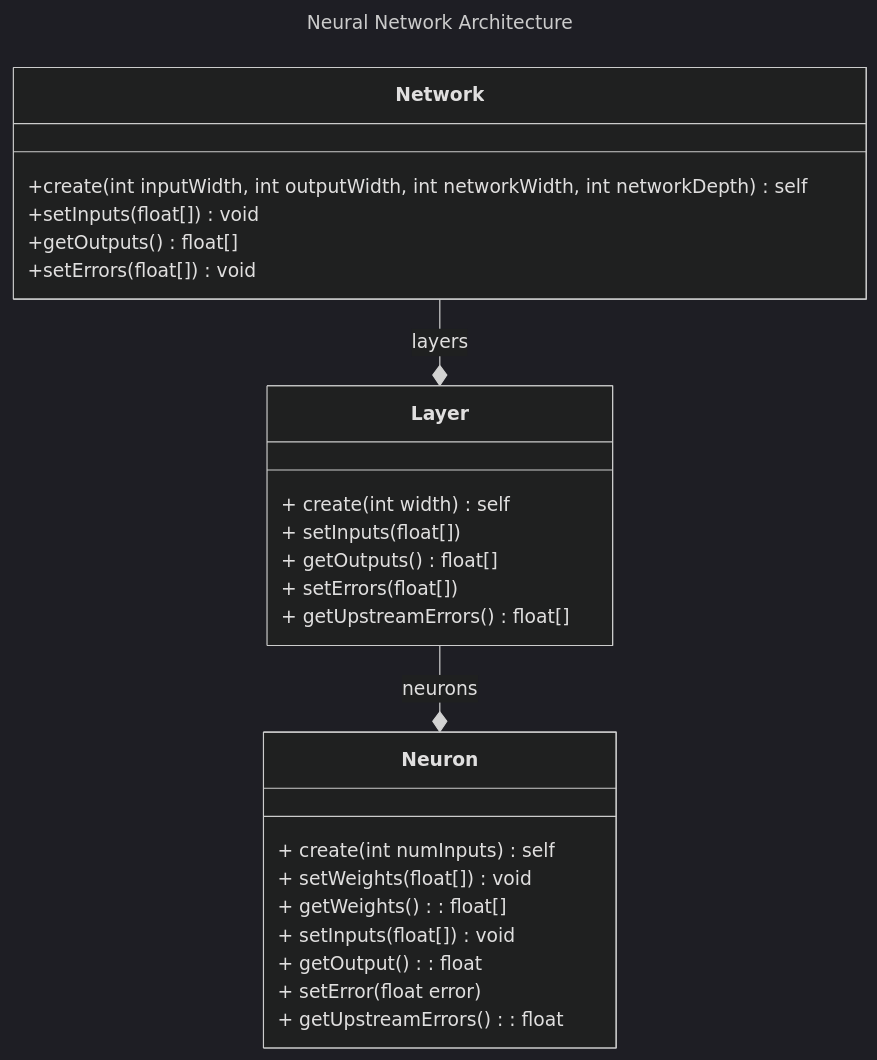
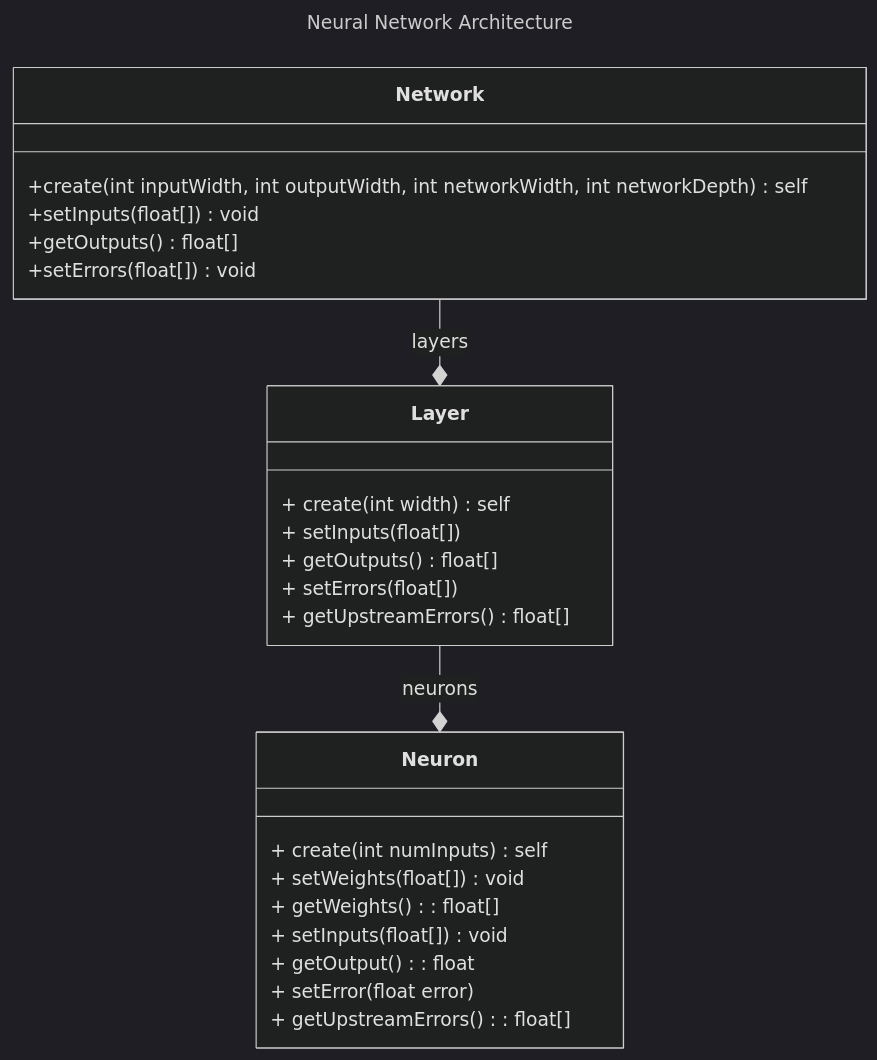
The diagram in Readme.md (mficzel/NeuralNetworkPlayground), drawn with Mermaid (dark theme) before and after one commit.

````diff
--- a/Readme.md
+++ b/Readme.md
@@ -1,39 +1,39 @@
 ```mermaid
 ---
 title: Neural Network Architecture
 ---
 classDiagram
 
   class Network {
      +create(int inputWidth, int outputWidth, int networkWidth, int networkDepth) self
 
      +setInputs(float[]) void
      +getOutputs() float[]
 
      +setErrors(float[]) void
   }
 
   class Layer {
      + create(int width) self
 
      + setInputs(float[])
      + getOutputs() float[]
      
      + setErrors(float[])
      + getUpstreamErrors() float[]
   }
 
   class Neuron {
      + create(int numInputs) self
      + setWeights(float[]) void
      + getWeights(): float[]
      + setInputs(float[]) void
      + getOutput(): float
 
      + setError(float error)
-     + getUpstreamErrors(): float
+     + getUpstreamErrors(): float[]
   }
 
   Network --* Layer : layers
   Layer --* Neuron : neurons
 ```
````
